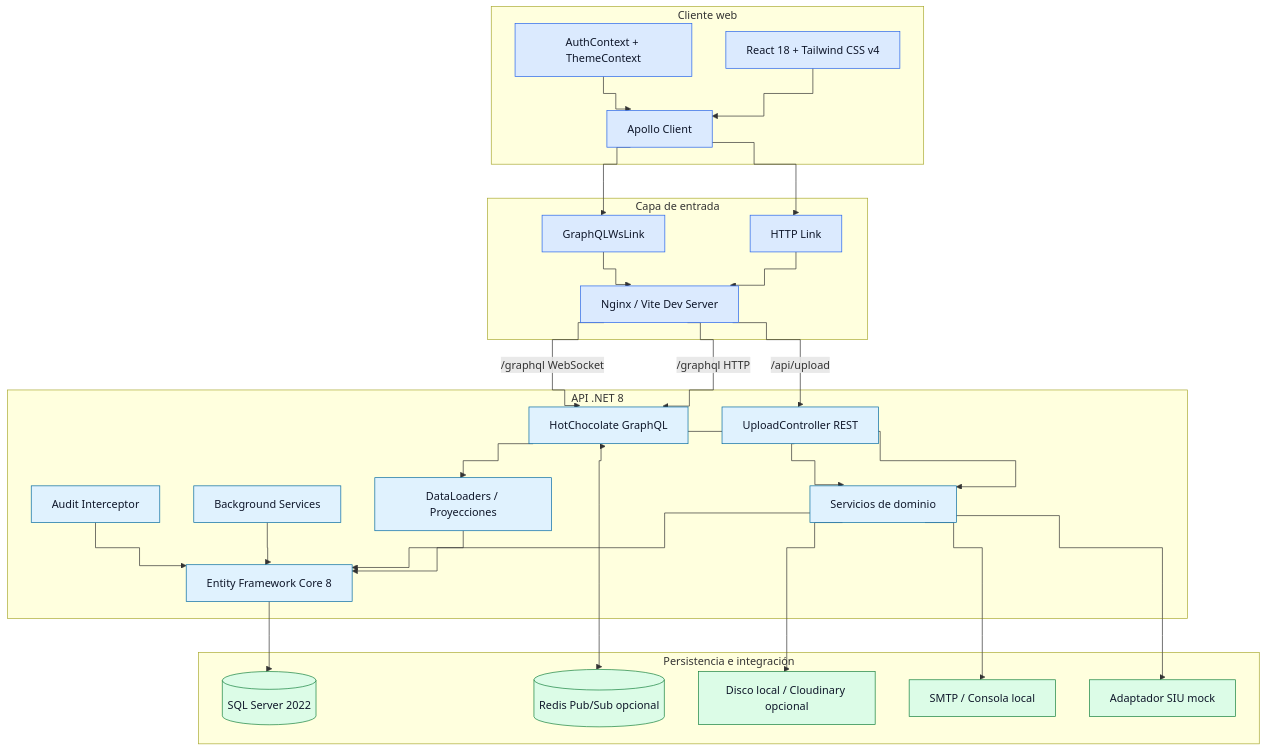
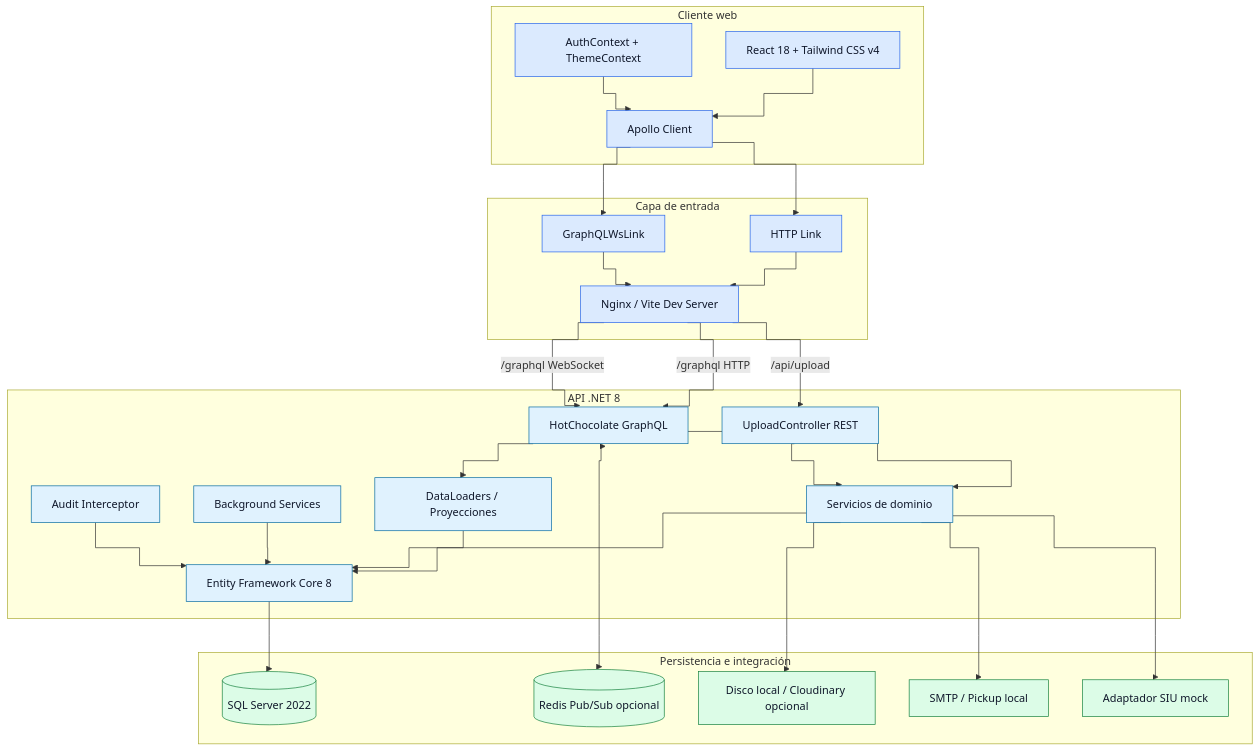
Before and after one commit to fagdiaz/OneITB: the eighth of 10 diagrams in docs/entrega_final/DOCUMENTO_BASE_PRACTICA_PROFESIONAL.md, drawn with Mermaid. The commit also changed other lines of this file and 108 other files, not shown here.

````diff
--- a/docs/entrega_final/DOCUMENTO_BASE_PRACTICA_PROFESIONAL.md
+++ b/docs/entrega_final/DOCUMENTO_BASE_PRACTICA_PROFESIONAL.md
@@ -728,62 +728,62 @@
 ```mermaid
 %%{init: {"flowchart": {"curve": "step"}}}%%
 flowchart TB
     subgraph CLIENT["Cliente web"]
         UI["React 18 + Tailwind CSS v4"]
         AP["Apollo Client"]
         AUTH["AuthContext + ThemeContext"]
         UI --> AP
         AUTH --> AP
     end
 
     subgraph EDGE["Capa de entrada"]
         NG["Nginx / Vite Dev Server"]
         HTTP["HTTP Link"]
         WS["GraphQLWsLink"]
     end
 
     subgraph API["API .NET 8"]
         GQL["HotChocolate GraphQL"]
         REST["UploadController REST"]
         SVC["Servicios de dominio"]
         DL["DataLoaders / Proyecciones"]
         BG["Background Services"]
         EF["Entity Framework Core 8"]
         AUD["Audit Interceptor"]
         GQL --> SVC
         GQL --> DL
         REST --> SVC
         SVC --> EF
         DL --> EF
         BG --> EF
         AUD --> EF
     end
 
     subgraph DATA["Persistencia e integración"]
         SQL[("SQL Server 2022")]
         REDIS[("Redis Pub/Sub opcional")]
         FILES["Disco local / Cloudinary opcional"]
-        SMTP["SMTP / Consola local"]
+        SMTP["SMTP / Pickup local"]
         SIU["Adaptador SIU mock"]
     end
 
     AP --> HTTP
     AP --> WS
     HTTP --> NG
     WS --> NG
     NG -->|"/graphql HTTP"| GQL
     NG -->|"/graphql WebSocket"| GQL
     NG -->|"/api/upload"| REST
     EF --> SQL
     GQL <--> REDIS
     SVC --> FILES
     SVC --> SMTP
     SVC --> SIU
 
     classDef client fill:#dbeafe,stroke:#2563eb,color:#0f172a;
     classDef api fill:#e0f2fe,stroke:#0369a1,color:#0f172a;
     classDef data fill:#dcfce7,stroke:#15803d,color:#0f172a;
     class UI,AP,AUTH,NG,HTTP,WS client;
     class GQL,REST,SVC,DL,BG,EF,AUD api;
     class SQL,REDIS,FILES,SMTP,SIU data;
 ```
````
